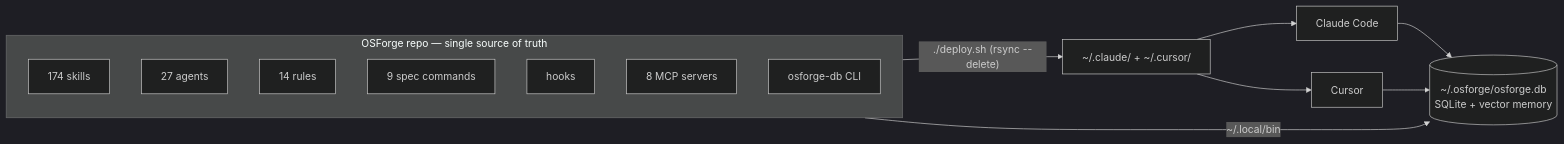
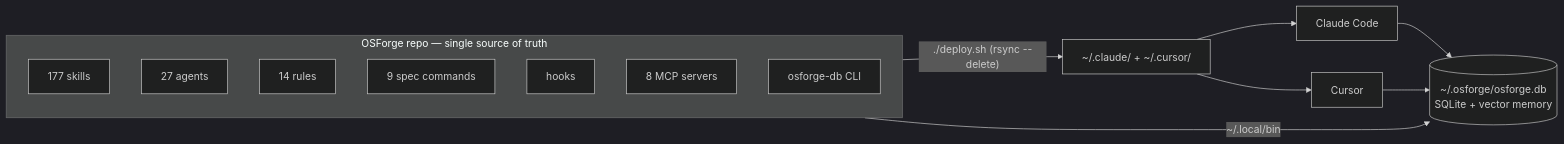
Before and after one commit to plocemourasouza/osforge: the first of 5 diagrams in README.md, drawn with Mermaid (dark theme). The commit also changed other lines of this file and 5 other files, not shown here.

````diff
--- a/README.md
+++ b/README.md
@@ -58,19 +60,19 @@
 ```mermaid
 flowchart LR
   subgraph REPO["OSForge repo — single source of truth"]
     direction TB
-    SK["174 skills"]
+    SK["177 skills"]
     AG["27 agents"]
     RU["14 rules"]
     CM["9 spec commands"]
     HK["hooks"]
     MC["8 MCP servers"]
     DBCLI["osforge-db CLI"]
   end
   REPO -->|"./deploy.sh (rsync --delete)"| HOME["~/.claude/ + ~/.cursor/"]
   HOME --> CC["Claude Code"]
   HOME --> CU["Cursor"]
   DBCLI -->|"~/.local/bin"| STATE[("~/.osforge/osforge.db<br/>SQLite + vector memory")]
   CC --> STATE
   CU --> STATE
 ```
````
